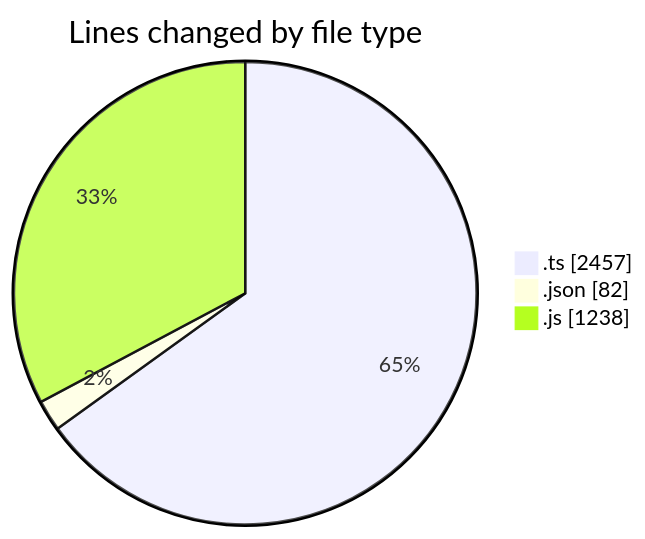
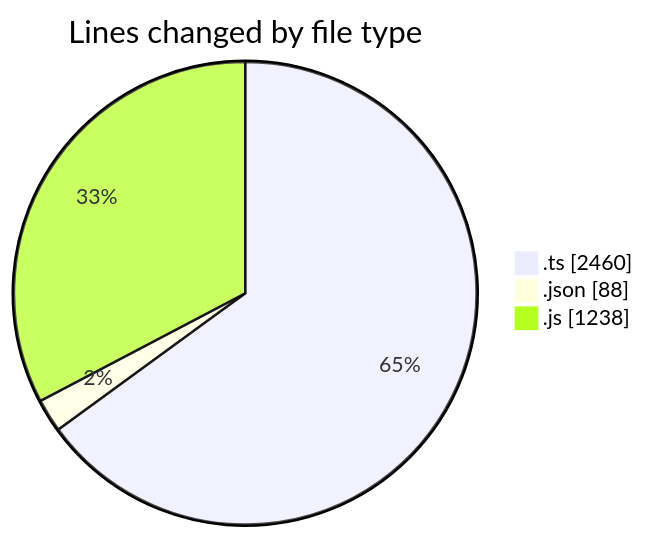
Before and after one commit to momahboobian/code-tracking: the first of 2 diagrams in 2025-07-30/cda/README.md, drawn with Mermaid. The commit also changed other lines of this file and 1 other file, not shown here.

````diff
--- a/2025-07-30/cda/README.md
+++ b/2025-07-30/cda/README.md
@@ -26,7 +26,7 @@
 ```mermaid
 pie showData
 title Lines changed by file type
-".ts" : 2457
-".json" : 82
+".ts" : 2460
+".json" : 88
 ".js" : 1238
 ```
````
